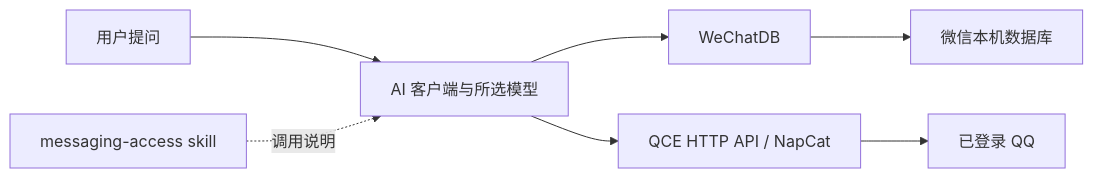
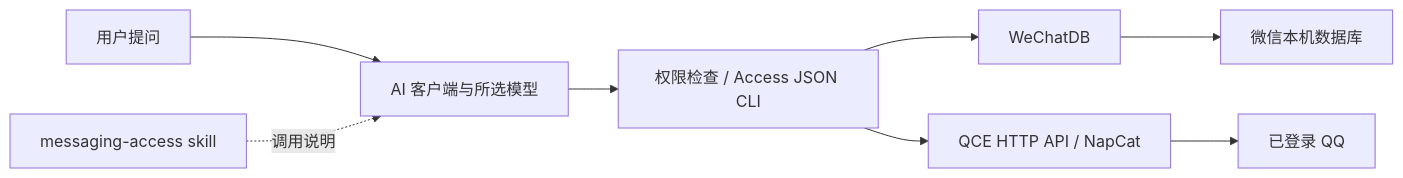
Before and after one commit to Patr1ck2005/messaging-access: the diagram in README.md, drawn with Mermaid. The commit also changed other lines of this file and 15 other files, not shown here.

````diff
--- a/README.md
+++ b/README.md
@@ -9,7 +9,8 @@
 ```mermaid
 flowchart LR
     U[用户提问] --> A[AI 客户端与所选模型]
     S[messaging-access skill] -.调用说明.-> A
-    A --> W[WeChatDB] --> WD[微信本机数据库]
-    A --> Q[QCE HTTP API / NapCat] --> QQ[已登录 QQ]
+    A --> P[权限检查 / Access JSON CLI]
+    P --> W[WeChatDB] --> WD[微信本机数据库]
+    P --> Q[QCE HTTP API / NapCat] --> QQ[已登录 QQ]
 ```
````
